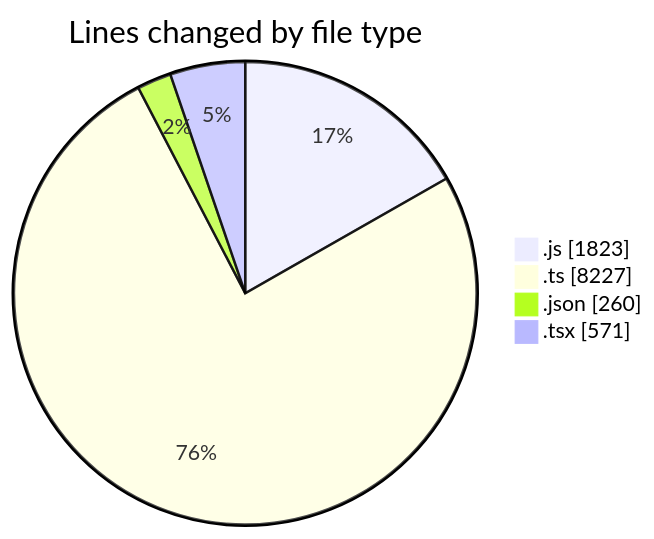
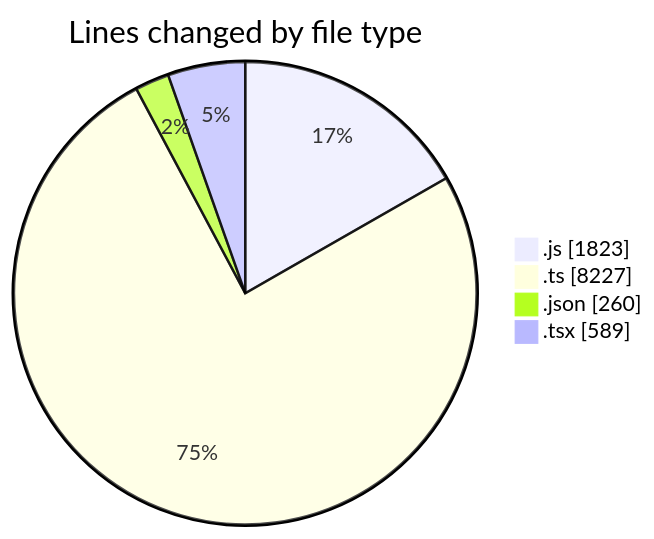
Before and after one commit to momahboobian/code-tracking: the first of 2 diagrams in 2026-04-08/cda/README.md, drawn with Mermaid. The commit also changed other lines of this file and 1 other file, not shown here.

````diff
--- a/2026-04-08/cda/README.md
+++ b/2026-04-08/cda/README.md
@@ -30,8 +30,8 @@
 ```mermaid
 pie showData
 title Lines changed by file type
 ".js" : 1823
 ".ts" : 8227
 ".json" : 260
-".tsx" : 571
+".tsx" : 589
 ```
````
